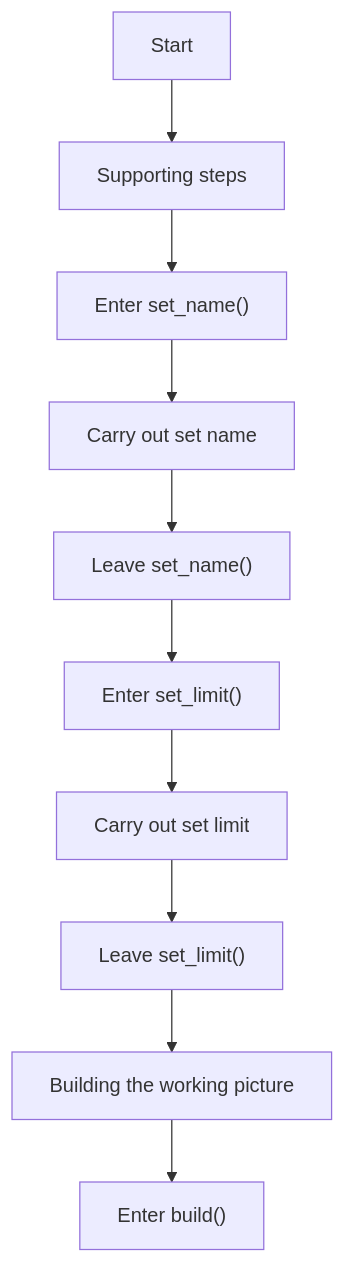
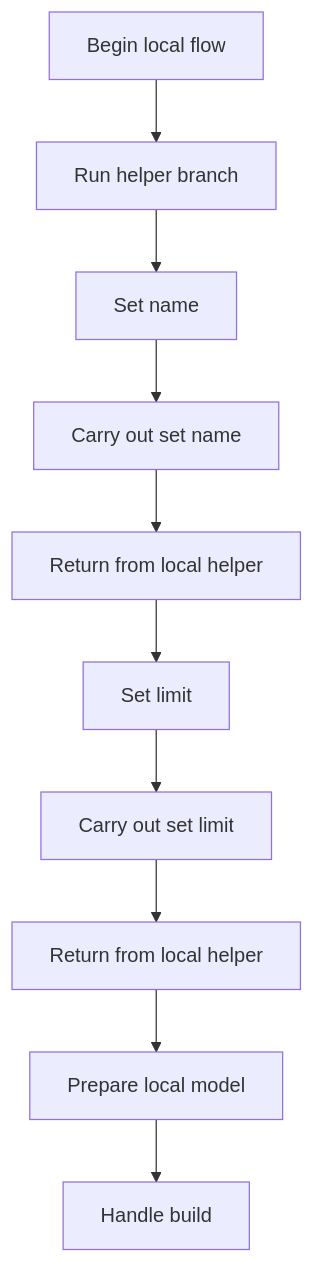
One commit to JohnAndrewBalbarosa/NeoTerritory changed the first of 6 diagrams in docs/Codebase/LegacyPatternTransformSamples/legacy_builder_to_singleton_sample.cpp.md. Above: the diagram before and after it, drawn with Mermaid. The commit also changed other lines of this file and 915 other files, not shown here.

````diff
--- a/docs/Codebase/LegacyPatternTransformSamples/legacy_builder_to_singleton_sample.cpp.md
+++ b/docs/Codebase/LegacyPatternTransformSamples/legacy_builder_to_singleton_sample.cpp.md
@@ -25,22 +24,22 @@
 ```mermaid
 flowchart TD
-    N0["Start"]
-    N1["Supporting steps"]
-    N2["Enter set_name()"]
+    N0["Begin local flow"]
+    N1["Run helper branch"]
+    N2["Set name"]
     N3["Carry out set name"]
-    N4["Leave set_name()"]
-    N5["Enter set_limit()"]
+    N4["Return from local helper"]
+    N5["Set limit"]
     N6["Carry out set limit"]
-    N7["Leave set_limit()"]
-    N8["Building the working picture"]
-    N9["Enter build()"]
+    N7["Return from local helper"]
+    N8["Prepare local model"]
+    N9["Handle build"]
     N0 --> N1
     N1 --> N2
     N2 --> N3
     N3 --> N4
     N4 --> N5
     N5 --> N6
     N6 --> N7
     N7 --> N8
     N8 --> N9
 ```
````
